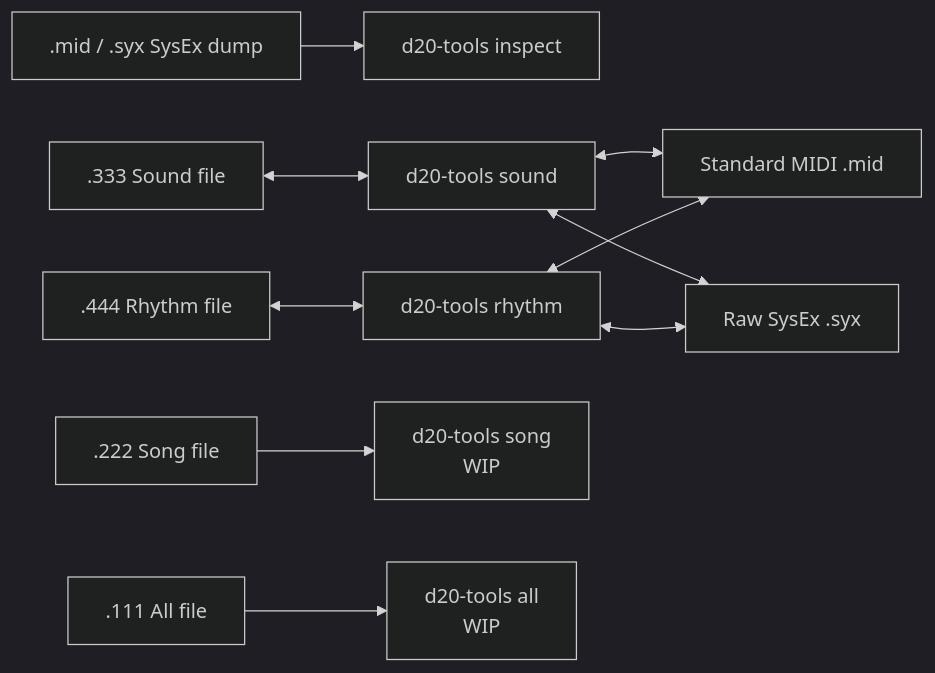
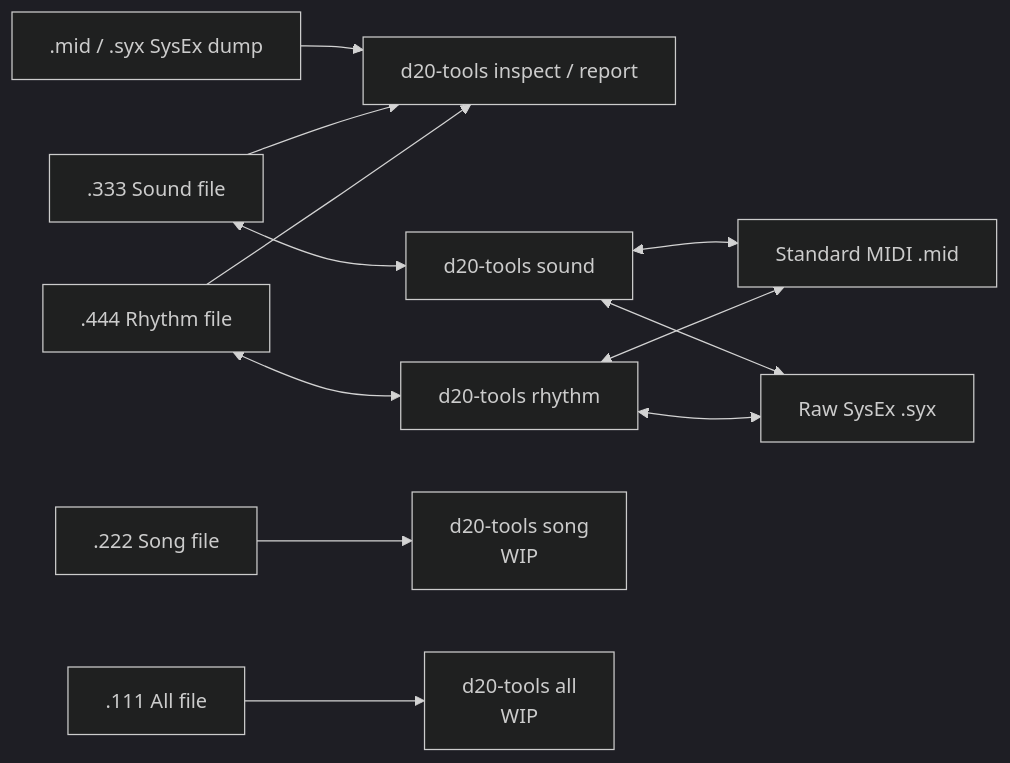
One commit to rjburrows/roland-d20-tools changed the diagram in README.md. Above: the diagram before and after it, drawn with Mermaid (dark theme). The commit also changed other lines of this file and 12 other files, not shown here.

````diff
--- a/README.md
+++ b/README.md
@@ -48,12 +51,14 @@
 ```mermaid
 flowchart LR
-    K[.mid / .syx SysEx dump] --> L[d20-tools inspect]
+    K[.mid / .syx SysEx dump] --> L[d20-tools inspect / report]
     A[.333 Sound file] <--> B[d20-tools sound]
     C[.444 Rhythm file] <--> D[d20-tools rhythm]
+    A --> L
+    C --> L
     B <--> E[Standard MIDI .mid]
     B <--> F[Raw SysEx .syx]
     D <--> E
     D <--> F
     G[.222 Song file] --> H[d20-tools song\nWIP]
     I[.111 All file] --> J[d20-tools all\nWIP]
 ```
````
